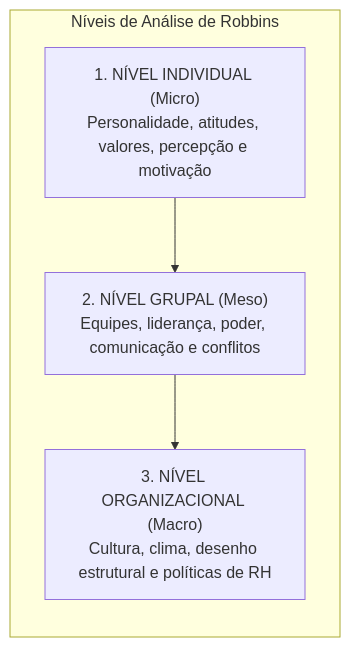
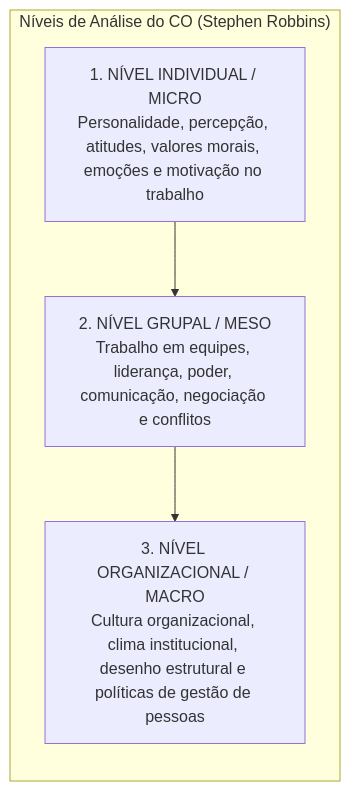
The first of 4 diagrams in fontes_de_estudo/conhecimentos_especificos_a01_tecnico_administrativo/24_comportamento_organizacional/01_individuo_personalidade_valores_atitudes_e_motivacao.md (thiagosantos346/TCE-GO-2027), drawn with Mermaid before and after one commit. The commit also changed other lines of this file and 119 other files, not shown here.

````diff
--- a/fontes_de_estudo/conhecimentos_especificos_a01_tecnico_administrativo/24_comportamento_organizacional/01_individuo_personalidade_valores_atitudes_e_motivacao.md
+++ b/fontes_de_estudo/conhecimentos_especificos_a01_tecnico_administrativo/24_comportamento_organizacional/01_individuo_personalidade_valores_atitudes_e_motivacao.md
@@ -80,11 +52,11 @@
 ```mermaid
 flowchart TD
-    subgraph Niveis_CO ["Níveis de Análise de Robbins"]
+    subgraph Niveis_CO ["Níveis de Análise do CO (Stephen Robbins)"]
         direction TB
-        Macro["3. NÍVEL ORGANIZACIONAL (Macro)<br/>Cultura, clima, desenho estrutural e políticas de RH"]
-        Meso["2. NÍVEL GRUPAL (Meso)<br/>Equipes, liderança, poder, comunicação e conflitos"]
-        Micro["1. NÍVEL INDIVIDUAL (Micro)<br/>Personalidade, atitudes, valores, percepção e motivação"]
+        Macro["3. NÍVEL ORGANIZACIONAL / MACRO<br/>Cultura organizacional, clima institucional, desenho estrutural e políticas de gestão de pessoas"]
+        Meso["2. NÍVEL GRUPAL / MESO<br/>Trabalho em equipes, liderança, poder, comunicação, negociação e conflitos"]
+        Micro["1. NÍVEL INDIVIDUAL / MICRO<br/>Personalidade, percepção, atitudes, valores morais, emoções e motivação no trabalho"]
         
         Micro --> Meso --> Macro
     end
 ```
````
